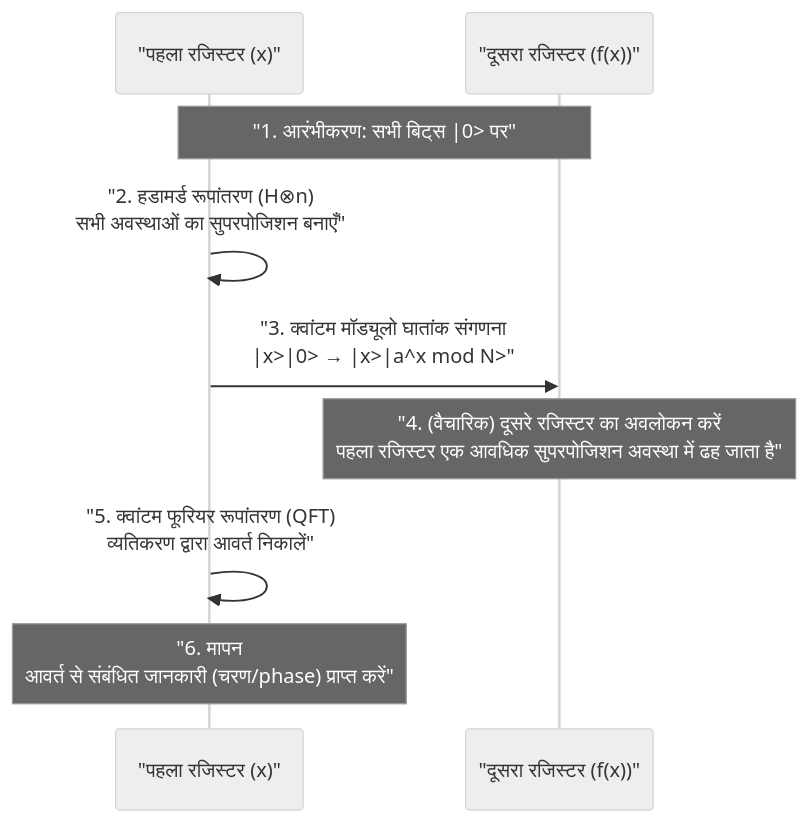
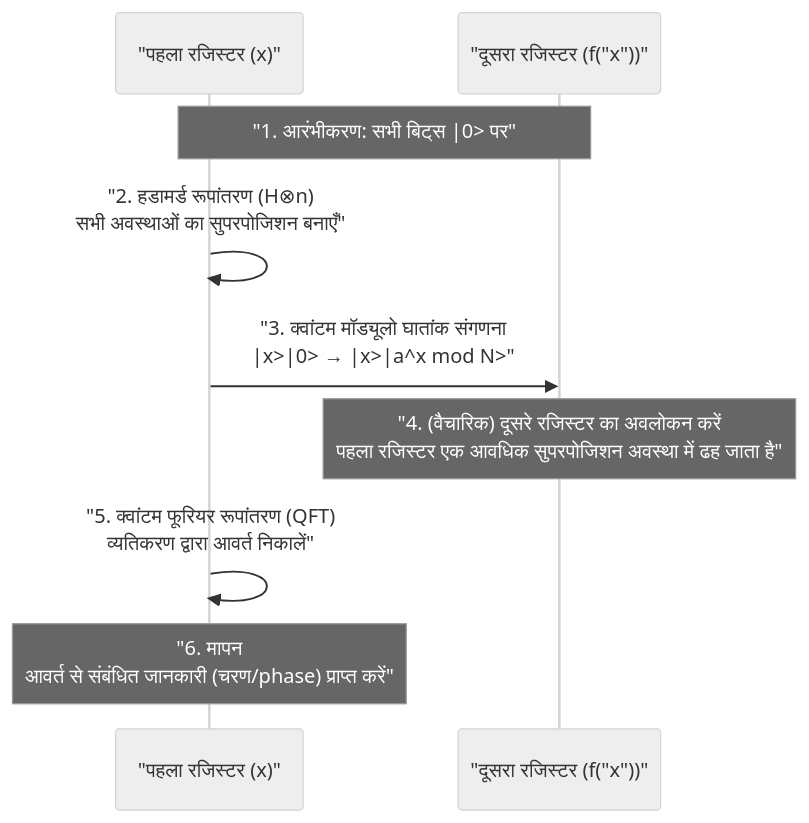
One commit to kenjinote/blog changed the second of 2 diagrams in content/post/quantum-computing-shors-algorithm/index.hi.md. Above: the diagram before and after it, drawn with Mermaid (neutral theme). The commit also changed 929 other files, not shown here.

Commit message:
fix: Add double quotes to all Mermaid node texts to resolve syntax errors

````diff
--- a/content/post/quantum-computing-shors-algorithm/index.hi.md
+++ b/content/post/quantum-computing-shors-algorithm/index.hi.md
@@ -197,12 +197,12 @@
 ```mermaid
 sequenceDiagram
     participant Q_Reg1 as "पहला रजिस्टर (x)"
-    participant Q_Reg2 as "दूसरा रजिस्टर (f(x))"
+    participant Q_Reg2 as "दूसरा रजिस्टर (f("x"))"
     
     Note over Q_Reg1,Q_Reg2: "1. आरंभीकरण: सभी बिट्स |0> पर"
     Q_Reg1->>Q_Reg1: "2. हडामर्ड रूपांतरण (H⊗n) <br/>सभी अवस्थाओं का सुपरपोजिशन बनाएँ"
     Q_Reg1->>Q_Reg2: "3. क्वांटम मॉड्यूलो घातांक संगणना <br/> |x>|0> → |x>|a^x mod N>"
     Note over Q_Reg2: "4. (वैचारिक) दूसरे रजिस्टर का अवलोकन करें<br/>पहला रजिस्टर एक आवधिक सुपरपोजिशन अवस्था में ढह जाता है"
     Q_Reg1->>Q_Reg1: "5. क्वांटम फूरियर रूपांतरण (QFT)<br/>व्यतिकरण द्वारा आवर्त निकालें"
     Note over Q_Reg1: "6. मापन<br/>आवर्त से संबंधित जानकारी (चरण/phase) प्राप्त करें"
 ```
````
